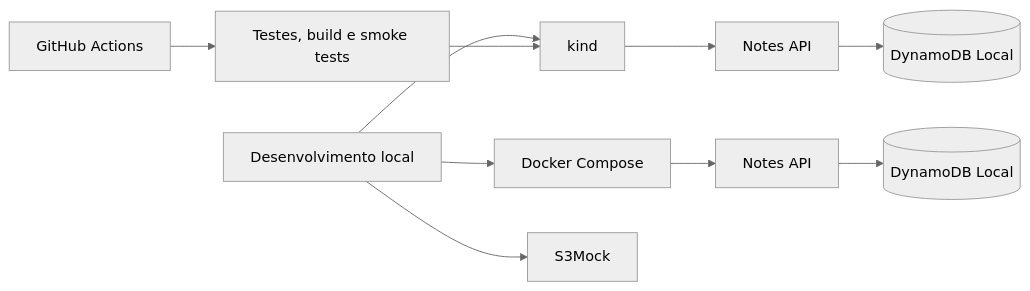
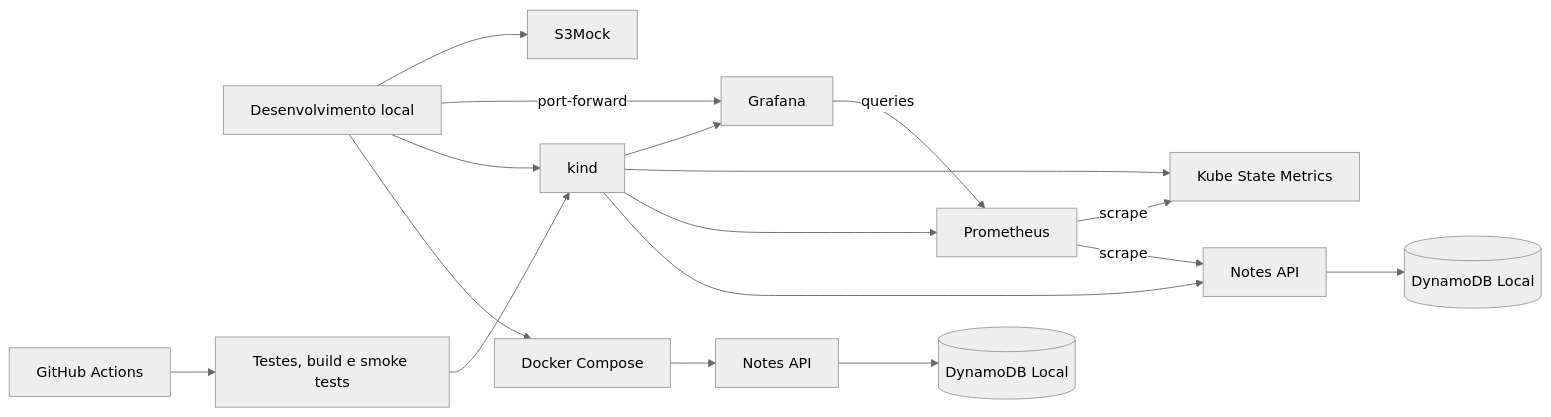
The diagram in README.md (mrlsouz/spring-aws-k8s-lab), drawn with Mermaid (neutral theme) before and after one commit. The commit also changed other lines of this file and 13 other files, not shown here.

````diff
--- a/README.md
+++ b/README.md
@@ -14,12 +14,19 @@
 ```mermaid
 flowchart LR
     dev[Desenvolvimento local] --> compose[Docker Compose]
     compose --> api[Notes API]
     api --> ddb[(DynamoDB Local)]
     dev --> kind[kind]
     kind --> kapi[Notes API]
     kapi --> kddb[(DynamoDB Local)]
+    kind --> prom[Prometheus]
+    kind --> ksm[Kube State Metrics]
+    kind --> grafana[Grafana]
+    prom -->|scrape| kapi
+    prom -->|scrape| ksm
+    grafana -->|queries| prom
+    dev -->|port-forward| grafana
     dev --> s3[S3Mock]
     gha[GitHub Actions] --> ci[Testes, build e smoke tests]
     ci --> kind
 ```
````
